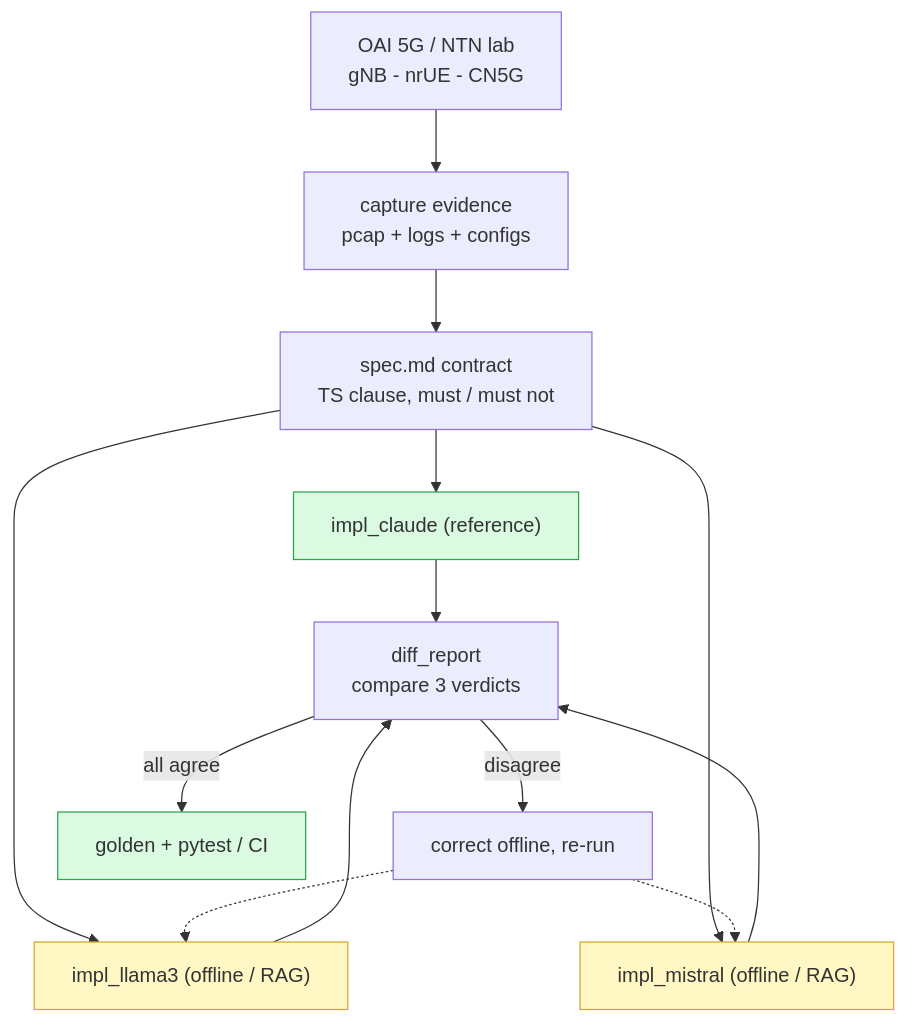
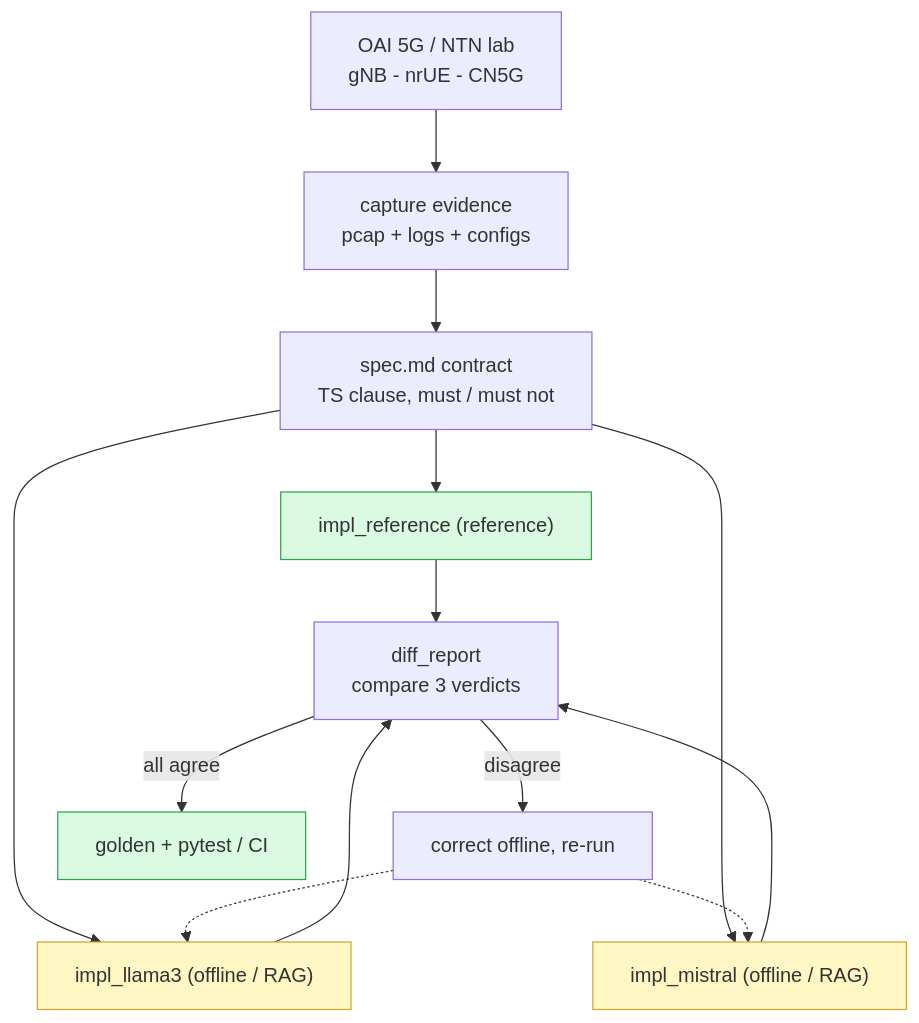
The diagram in README.md (sureshramadolla428/3gpp-conformance-pipeline), drawn with Mermaid before and after one commit. The commit also changed other lines of this file and 22 other files, not shown here.

````diff
--- a/README.md
+++ b/README.md
@@ -28,19 +28,19 @@
 ```mermaid
 flowchart TD
  A["OAI 5G / NTN lab<br/>gNB - nrUE - CN5G"] --> B["capture evidence<br/>pcap + logs + configs"]
  B --> C["spec.md contract<br/>TS clause, must / must not"]
- C --> D1["impl_claude (reference)"]
+ C --> D1["impl_reference (reference)"]
  C --> D2["impl_llama3 (offline / RAG)"]
  C --> D3["impl_mistral (offline / RAG)"]
  D1 --> E["diff_report<br/>compare 3 verdicts"]
  D2 --> E
  D3 --> E
  E -->|disagree| F["correct offline, re-run"]
  F -.-> D2
  F -.-> D3
  E -->|all agree| G["golden + pytest / CI"]
  classDef ref fill:#dafbe1,stroke:#2da44e;
  classDef off fill:#fff8c5,stroke:#d4a72c;
  class D1,G ref;
  class D2,D3 off;
 ```
````
